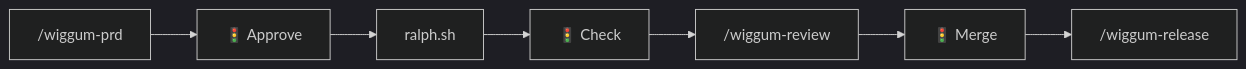
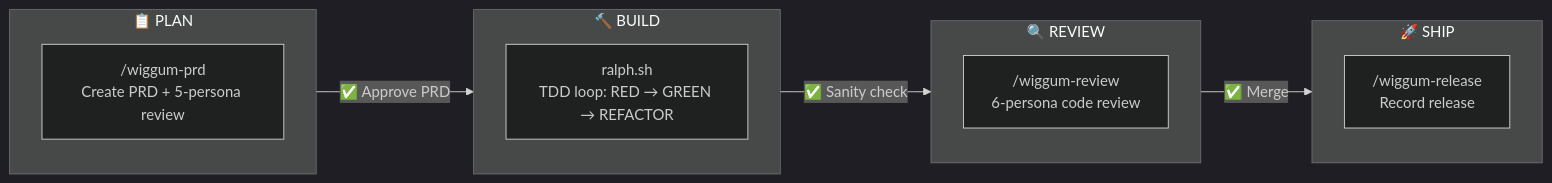
The diagram in README.md (newoldrelic/ralph-workflow), drawn with Mermaid (dark theme) before and after one commit. The commit also changed other lines of this file, not shown here.

Commit message:
Balance workflow diagram with boxes and arrow labels

````diff
--- a/README.md
+++ b/README.md
@@ -22,4 +22,20 @@
 ```mermaid
 flowchart LR
-    A["/wiggum-prd"] --> B["🚦 Approve"] --> C["ralph.sh"] --> D["🚦 Check"] --> E["/wiggum-review"] --> F["🚦 Merge"] --> G["/wiggum-release"]
+    subgraph PLAN ["📋 PLAN"]
+        A["/wiggum-prd<br/>Create PRD + 5-persona review"]
+    end
+
+    subgraph BUILD ["🔨 BUILD"]
+        B["ralph.sh<br/>TDD loop: RED → GREEN → REFACTOR"]
+    end
+
+    subgraph REVIEW ["🔍 REVIEW"]
+        C["/wiggum-review<br/>6-persona code review"]
+    end
+
+    subgraph SHIP ["🚀 SHIP"]
+        D["/wiggum-release<br/>Record release"]
+    end
+
+    PLAN -->|"✅ Approve PRD"| BUILD -->|"✅ Sanity check"| REVIEW -->|"✅ Merge"| SHIP
 ```
````
